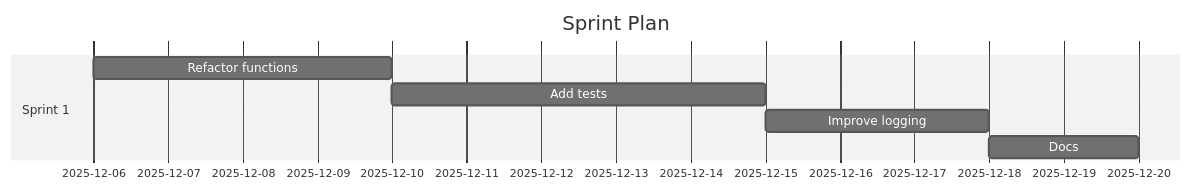
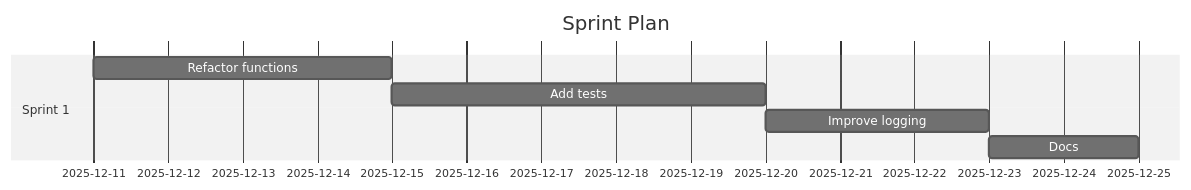
Before and after one commit to Anselmoo/mcp-ai-agent-guidelines: the diagram in demos/demo-code-analysis.sprint.md, drawn with Mermaid (neutral theme). The commit also changed other lines of this file and 34 other files, not shown here.

````diff
--- a/demos/demo-code-analysis.sprint.md
+++ b/demos/demo-code-analysis.sprint.md
@@ -59,11 +59,11 @@
 ```mermaid
 gantt
 	dateFormat  YYYY-MM-DD
 	title Sprint Plan
 %% Accessibility: Title=Project Sprint Plan; Description=Gantt chart of sprints and tasks over time. %%
   section Sprint 1
-  Refactor functions :s1t0, 2025-12-06, 4d
-  Add tests :s1t1, 2025-12-10, 5d
-  Improve logging :s1t2, 2025-12-15, 3d
-  Docs :s1t3, 2025-12-18, 2d
+  Refactor functions :s1t0, 2025-12-11, 4d
+  Add tests :s1t1, 2025-12-15, 5d
+  Improve logging :s1t2, 2025-12-20, 3d
+  Docs :s1t3, 2025-12-23, 2d
 ```
````
